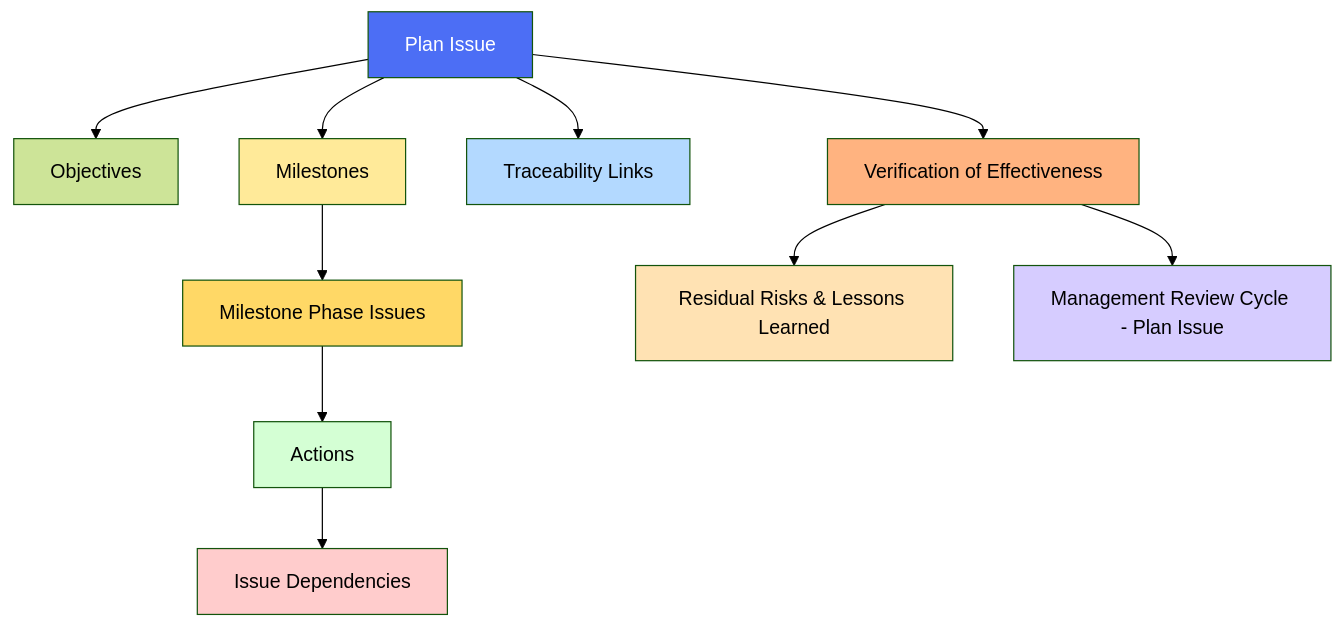
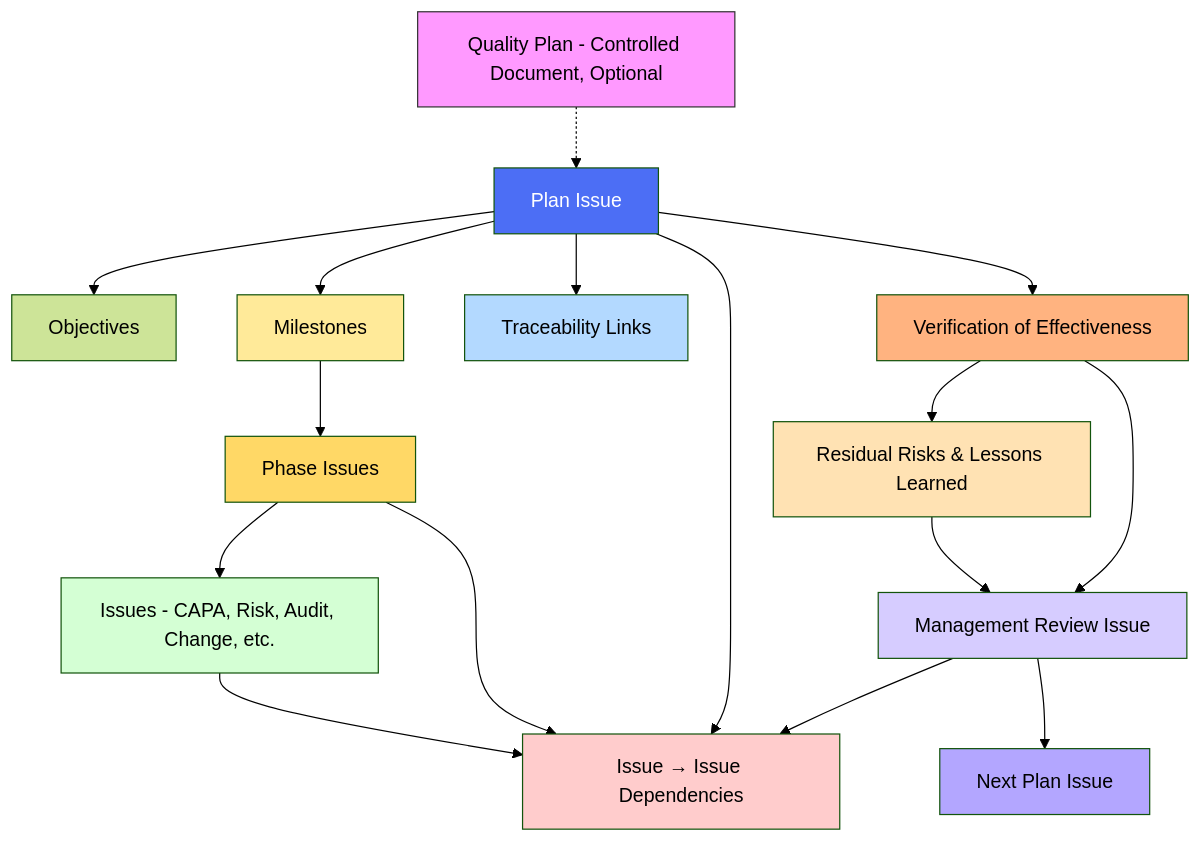
The diagram in WIs/FLEY/FLEY-Quick-Start.md (Floating-Eye-Software/fley-qms), drawn with Mermaid (forest theme) before and after one commit. The commit also changed other lines of this file and 2 other files, not shown here.

Commit message:
rename FLEY-Action-Management to FLEY-Planning-Workflow, update FLEY Quick Start, refs fley-qms #22

````diff
--- a/WIs/FLEY/FLEY-Quick-Start.md
+++ b/WIs/FLEY/FLEY-Quick-Start.md
@@ -5,24 +22,38 @@
 ```mermaid
 flowchart TD
-    P[Plan Issue] --> O[Objectives]
+    QP[Quality Plan - Controlled Document, Optional] -.-> P[Plan Issue]
+
+    P --> O[Objectives]
     P --> M[Milestones]
-    M --> PH[Milestone Phase Issues]
-    PH --> A[Actions]
-    A --> DEP[Issue Dependencies]
-
     P --> T[Traceability Links]
     P --> VOE[Verification of Effectiveness]
 
+    M --> PH[Phase Issues]
+    PH --> I[Issues - CAPA, Risk, Audit, Change, etc.]
+
+    %% Dependencies apply across all Issue types
+    I --> DEP[Issue → Issue Dependencies]
+    PH --> DEP
+    P --> DEP
+    MR[Management Review Issue] --> DEP
+
+    %% VoE roll-forward
     VOE --> RR[Residual Risks & Lessons Learned]
-    VOE --> MR[Management Review Cycle - Plan Issue]
+    RR --> MR
+    VOE --> MR
 
+    %% MR feeds next planning cycle
+    MR --> NP[Next Plan Issue]
+
+    style QP fill:#f9f,stroke:#333,stroke-width:1px
     style P fill:#4C6EF5,color:#fff
     style M fill:#ffea99
     style PH fill:#ffd866
-    style A fill:#d4ffd4
+    style I fill:#d4ffd4
     style DEP fill:#ffcccc
     style T fill:#b3d9ff
     style VOE fill:#ffb380
     style RR fill:#ffe2b3
     style MR fill:#d6ccff
+    style NP fill:#b3a6ff
 ```
````
